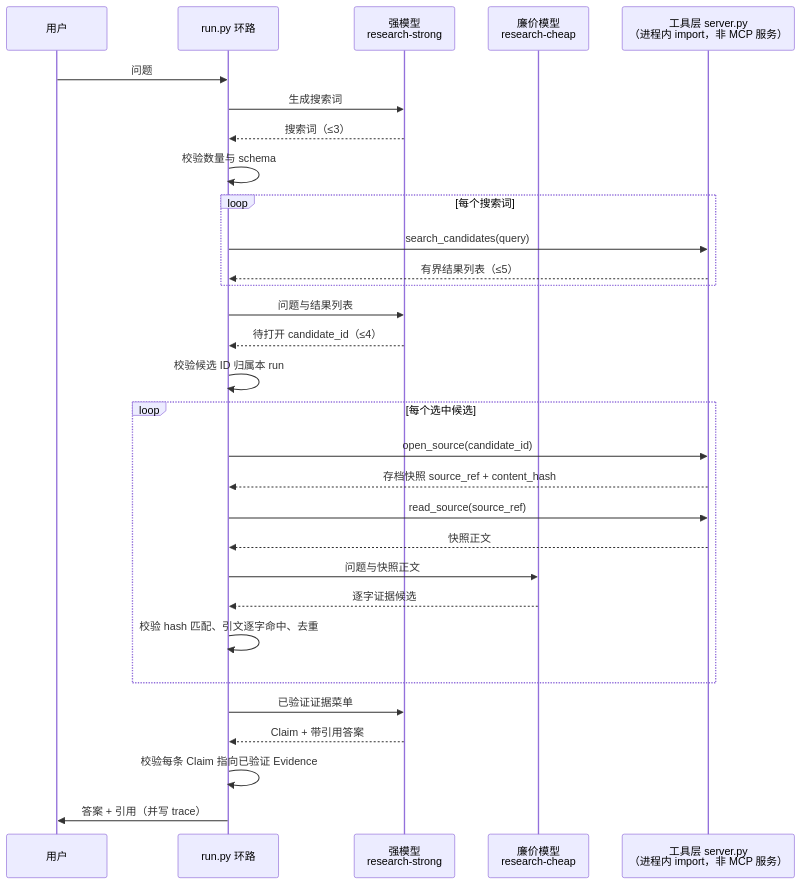
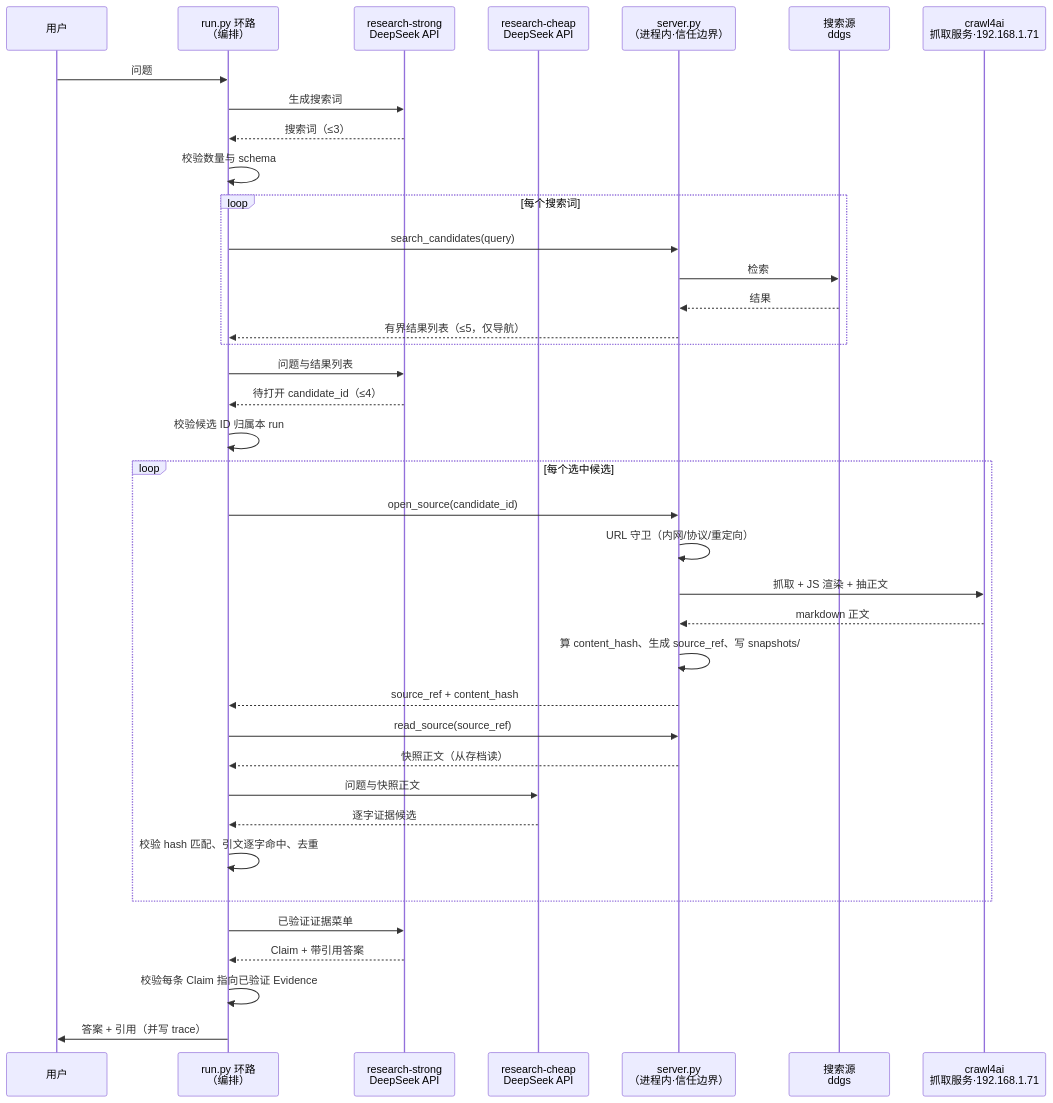
One commit to SuperCatQR/traceable-research-runtime changed the diagram in docs/validation-poc.md. Above: the diagram before and after it, drawn with Mermaid. The commit also changed other lines of this file, not shown here.

Commit message:
时序图对齐多服务设计：拆出 server.py(信任边界)/ddgs(搜索源)/crawl4ai(远程抓取)/DeepSeek API 各自参与者与调用边界

````diff
--- a/docs/validation-poc.md
+++ b/docs/validation-poc.md
@@ -106,33 +106,41 @@
 ```mermaid
 sequenceDiagram
     participant U as 用户
-    participant R as run.py 环路
-    participant S as 强模型<br/>research-strong
-    participant C as 廉价模型<br/>research-cheap
-    participant SI as 工具层 server.py<br/>（进程内 import，非 MCP 服务）
+    participant R as run.py 环路<br/>（编排）
+    participant S as research-strong<br/>DeepSeek API
+    participant C as research-cheap<br/>DeepSeek API
+    participant SRV as server.py<br/>（进程内·信任边界）
+    participant SE as 搜索源<br/>ddgs
+    participant CR as crawl4ai<br/>抓取服务·192.168.1.71
 
     U->>R: 问题
     R->>S: 生成搜索词
     S-->>R: 搜索词（≤3）
     R->>R: 校验数量与 schema
     loop 每个搜索词
-        R->>SI: search_candidates(query)
-        SI-->>R: 有界结果列表（≤5）
+        R->>SRV: search_candidates(query)
+        SRV->>SE: 检索
+        SE-->>SRV: 结果
+        SRV-->>R: 有界结果列表（≤5，仅导航）
     end
     R->>S: 问题与结果列表
     S-->>R: 待打开 candidate_id（≤4）
     R->>R: 校验候选 ID 归属本 run
     loop 每个选中候选
-        R->>SI: open_source(candidate_id)
-        SI-->>R: 存档快照 source_ref + content_hash
-        R->>SI: read_source(source_ref)
-        SI-->>R: 快照正文
+        R->>SRV: open_source(candidate_id)
+        SRV->>SRV: URL 守卫（内网/协议/重定向）
+        SRV->>CR: 抓取 + JS 渲染 + 抽正文
+        CR-->>SRV: markdown 正文
+        SRV->>SRV: 算 content_hash、生成 source_ref、写 snapshots/
+        SRV-->>R: source_ref + content_hash
+        R->>SRV: read_source(source_ref)
+        SRV-->>R: 快照正文（从存档读）
         R->>C: 问题与快照正文
         C-->>R: 逐字证据候选
         R->>R: 校验 hash 匹配、引文逐字命中、去重
     end
     R->>S: 已验证证据菜单
     S-->>R: Claim + 带引用答案
     R->>R: 校验每条 Claim 指向已验证 Evidence
     R->>U: 答案 + 引用（并写 trace）
 ```
````
